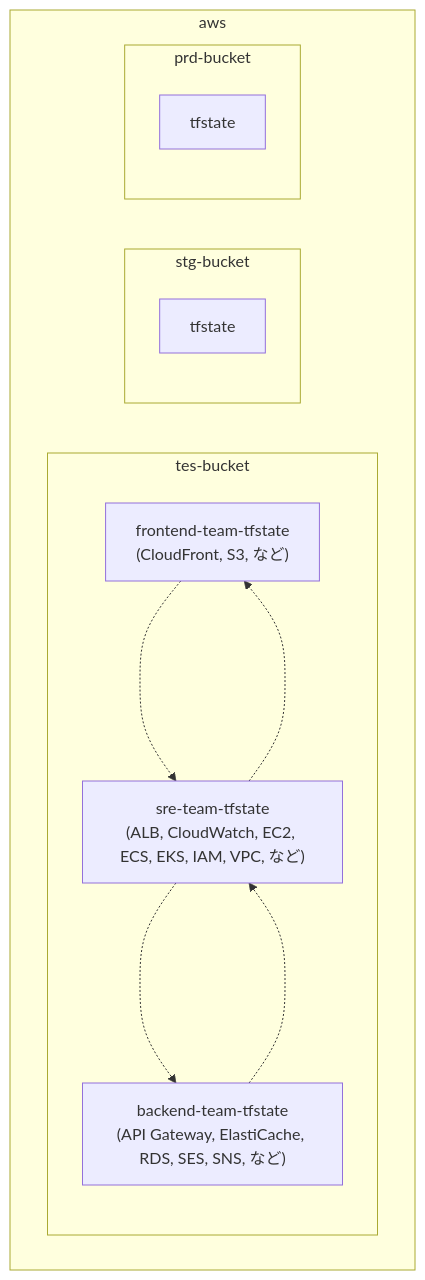
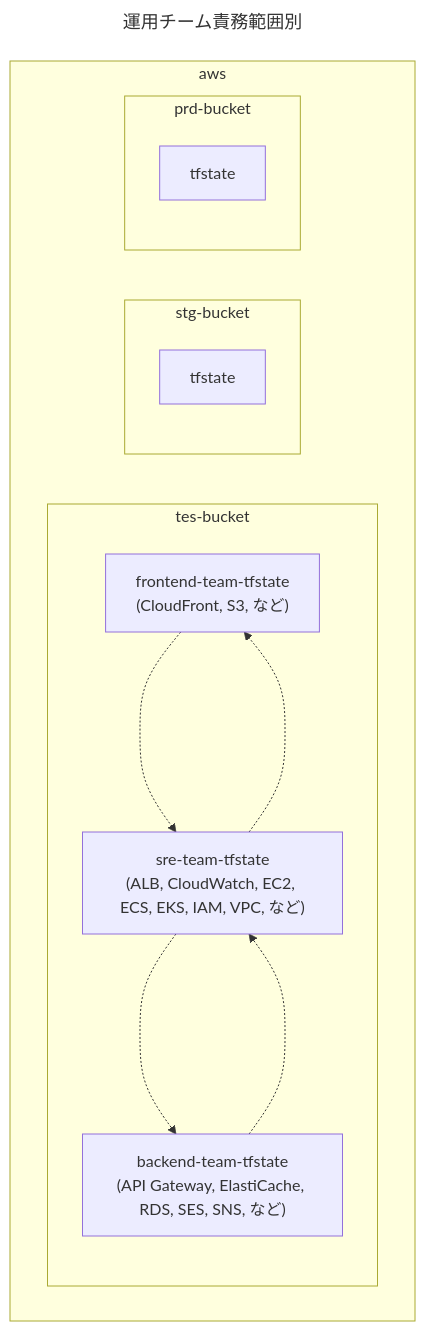
The eighth of 12 diagrams in dist/draft/Terraformのtfstateファイルの分割手法.md (hiroki-it/hatenablog), drawn with Mermaid before and after one commit. The commit also changed other lines of this file, not shown here.

````diff
--- a/dist/draft/Terraformのtfstateファイルの分割手法.md
+++ b/dist/draft/Terraformのtfstateファイルの分割手法.md
@@ -1161,21 +1167,24 @@
 ```mermaid
+---
+title: 運用チーム責務範囲別
+---
 %%{init:{'theme':'natural'}}%%
 flowchart TB
     subgraph aws
         subgraph tes-bucket
             Frontend["frontend-team-tfstate<br>(CloudFront, S3, など)"]
             Backend["backend-team-tfstate<br>(API Gateway, ElastiCache, RDS, SES, SNS, など)"]
             Sre["sre-team-tfstate<br>(ALB, CloudWatch, EC2, ECS, EKS, IAM, VPC, など)"]
             Frontend-..->Sre
             Backend-..->Sre
             Sre-..->Frontend
             Sre-..->Backend
         end
     subgraph stg-bucket
         Stg[tfstate]
     end
     subgraph prd-bucket
         Prd[tfstate]
     end
     end
 ```
````
